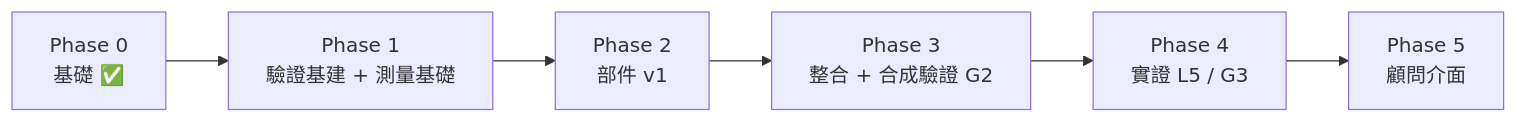
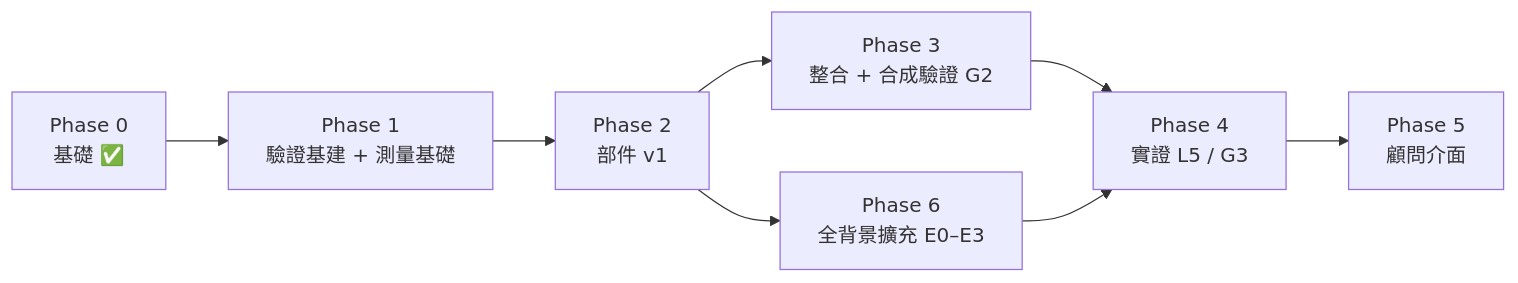
One commit to brianjan98039921106-hue/AI-Studying-Consultant changed the diagram in docs/ROADMAP.md. Above: the diagram before and after it, drawn with Mermaid. The commit also changed other lines of this file and 20 other files, not shown here.

First line of the commit message:
docs: all-backgrounds specification (D10-D12) across components, register and roadmap

````diff
--- a/docs/ROADMAP.md
+++ b/docs/ROADMAP.md
@@ -15,8 +15,10 @@
 ```mermaid
 flowchart LR
     P0[Phase 0<br/>基礎 ✅] --> P1[Phase 1<br/>驗證基建 + 測量基礎]
     P1 --> P2[Phase 2<br/>部件 v1]
     P2 --> P3[Phase 3<br/>整合 + 合成驗證 G2]
     P3 --> P4[Phase 4<br/>實證 L5 / G3]
     P4 --> P5[Phase 5<br/>顧問介面]
+    P2 --> P6[Phase 6<br/>全背景擴充 E0–E3]
+    P6 --> P4
 ```
````
